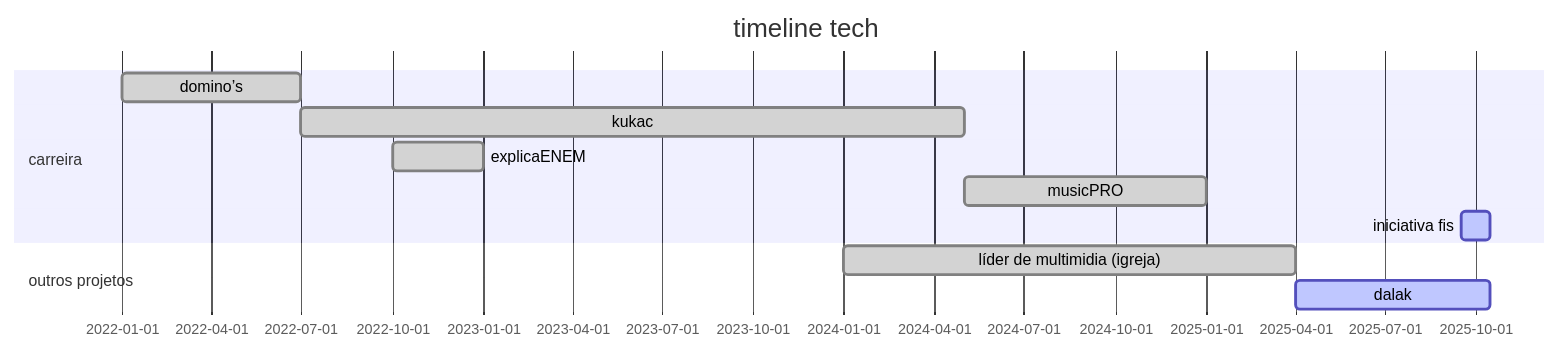
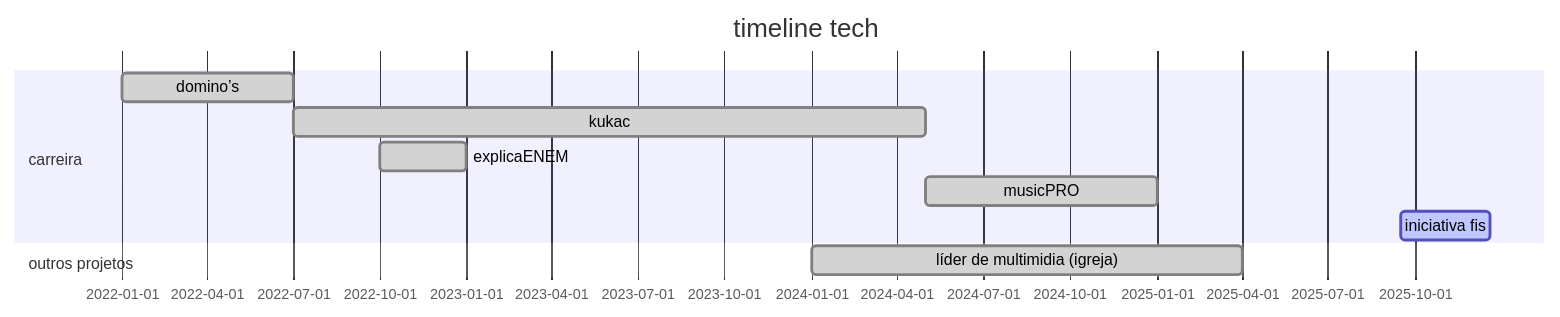
The diagram in README.md (devgustavovasquez/devgustavovasquez), drawn with Mermaid before and after one commit. The commit also changed other lines of this file, not shown here.

````diff
--- a/README.md
+++ b/README.md
@@ -6,18 +6,17 @@
 ```mermaid
 
 gantt
 dateFormat  YYYY-MM-DD
 title timeline tech
 
     section carreira
     domino’s                             :done,, 2022-01-01, 2022-07-01
     kukac                                :done,, 2022-07-01, 2024-05-01
     explicaENEM                          :done,, 2022-10-01, 2023-01-01
     musicPRO                             :done,, 2024-05-01, 2025-01-01
-    iniciativa fis                       :active,, 2025-09-16, 2025-10-15
+    iniciativa fis                       :active,, 2025-09-16, 2025-12-20
 
 
     section outros projetos
     líder de multimidia (igreja)         :done,, 2024-01-01, 2025-04-01
-    dalak                                :active,, 2025-04-01, 2025-10-15
 ```
````
